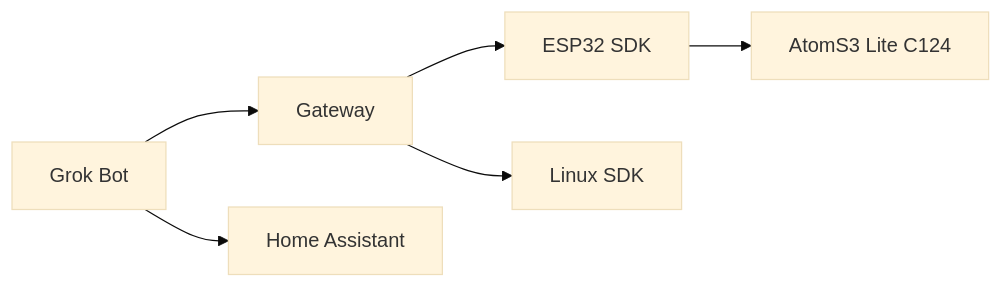
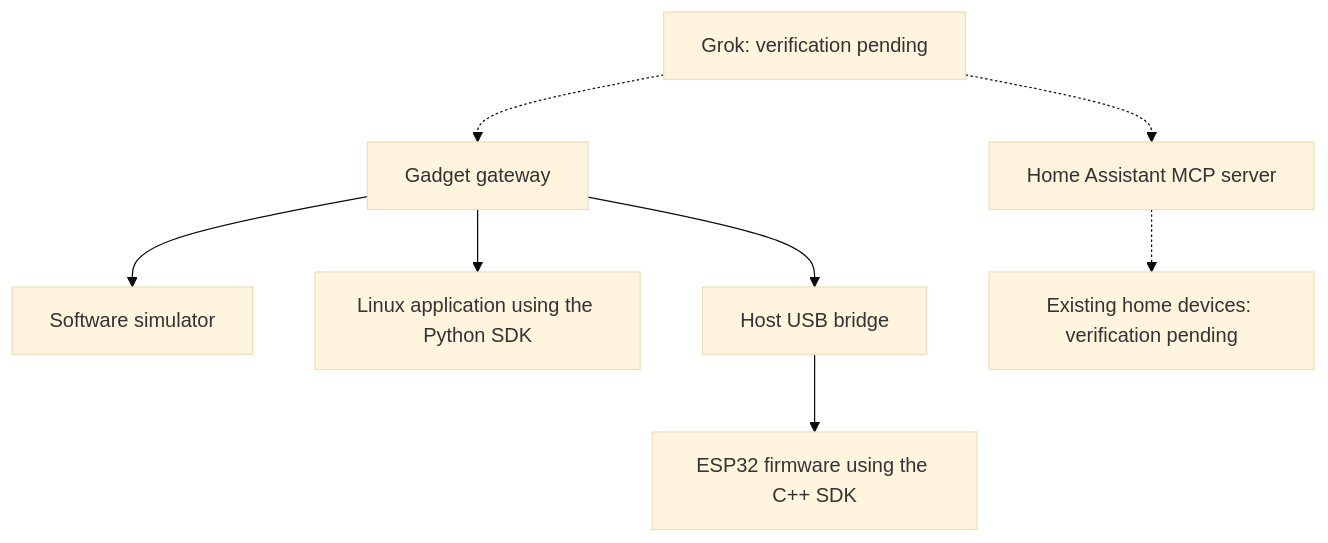
Before and after one commit to adidshaft/grok-gadgets: the first of 2 diagrams in docs/architecture/overview.md, drawn with Mermaid (base theme). The commit also changed other lines of this file and 6 other files, not shown here.

````diff
--- a/docs/architecture/overview.md
+++ b/docs/architecture/overview.md
@@ -15,8 +13,10 @@
 ```mermaid
-flowchart LR
-G[Grok Bot] --> W[Gateway]
-W --> E[ESP32 SDK]
-W --> L[Linux SDK]
-G --> H[Home Assistant]
-E --> A[AtomS3 Lite C124]
+flowchart TD
+    G["Grok: verification pending"] -.-> W["Gadget gateway"]
+    W --> S["Software simulator"]
+    W --> L["Linux application using the Python SDK"]
+    W --> U["Host USB bridge"]
+    U --> E["ESP32 firmware using the C++ SDK"]
+    G -.-> H["Home Assistant MCP server"]
+    H -.-> D["Existing home devices: verification pending"]
 ```
````
